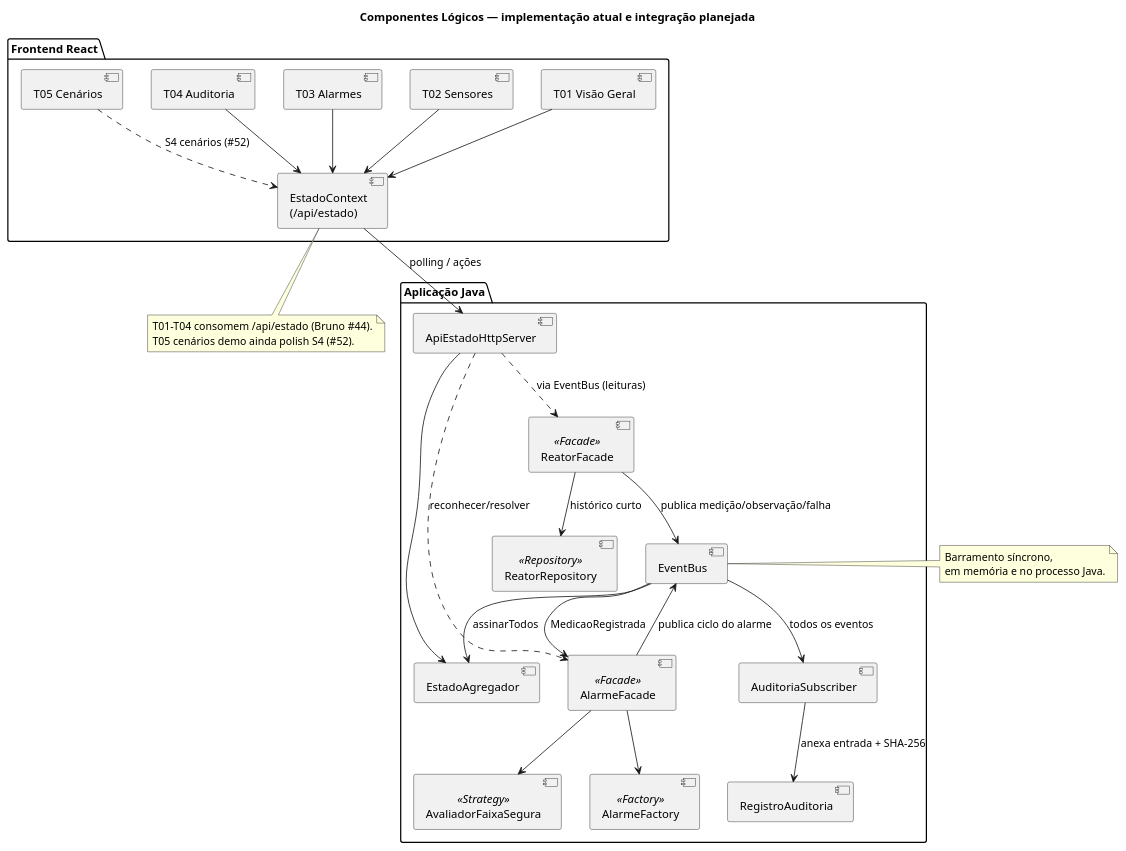
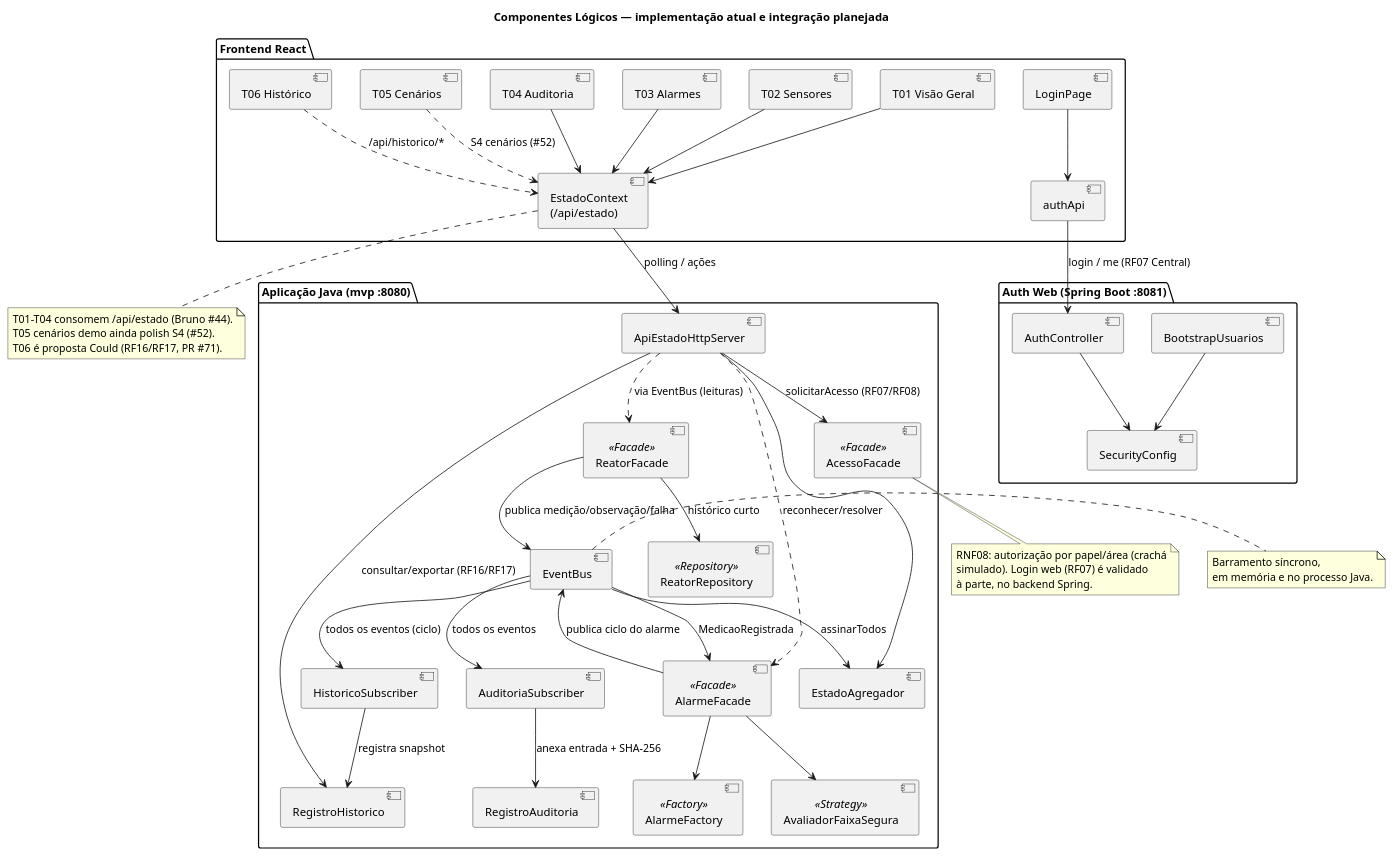
One commit to rlampago22/RP-IV changed the diagram in docs/marco1/diagramas/componentes-logicos.puml. Above: the diagram before and after it, drawn with PlantUML. The commit also changed 5 other files, not shown here.

First line of the commit message:
docs(diagramas): alinhar diagramas MVP com segurancaacesso e historicooperacional

```diff
--- a/docs/marco1/diagramas/componentes-logicos.puml
+++ b/docs/marco1/diagramas/componentes-logicos.puml
@@ -1,59 +1,88 @@
 @startuml componentes-logicos-mvp
 title Componentes Lógicos — implementação atual e integração planejada
 skinparam componentStyle uml2
 skinparam shadowing false
 
 package "Frontend React" {
+  component "LoginPage" as Login
   component "T01 Visão Geral" as T01
   component "T02 Sensores" as T02
   component "T03 Alarmes" as T03
   component "T04 Auditoria" as T04
   component "T05 Cenários" as T05
+  component "T06 Histórico" as T06
   component "EstadoContext\n(/api/estado)" as Estado
+  component "authApi" as AuthApi
 
   T01 --> Estado
   T02 --> Estado
   T03 --> Estado
   T04 --> Estado
   T05 ..> Estado : S4 cenários (#52)
+  T06 ..> Estado : /api/historico/*
+  Login --> AuthApi
 }
 
-package "Aplicação Java" {
+package "Auth Web (Spring Boot :8081)" {
+  component "SecurityConfig" as Sec
+  component "BootstrapUsuarios" as Boot
+  component "AuthController" as AuthCtrl
+
+  AuthCtrl --> Sec
+  Boot --> Sec
+}
+
+package "Aplicação Java (mvp :8080)" {
   component "ReatorFacade" as RF <<Facade>>
   component "ReatorRepository" as RR <<Repository>>
   component "AlarmeFacade" as AF <<Facade>>
   component "AvaliadorFaixaSegura" as Aval <<Strategy>>
   component "AlarmeFactory" as Factory <<Factory>>
   component "EventBus" as Bus
   component "AuditoriaSubscriber" as Aud
   component "RegistroAuditoria" as Reg
+  component "AcessoFacade" as Acesso <<Facade>>
+  component "HistoricoSubscriber" as HistSub
+  component "RegistroHistorico" as HistReg
   component "EstadoAgregador" as EA
   component "ApiEstadoHttpServer" as Http
 
   RF --> RR : histórico curto
   RF --> Bus : publica medição/observação/falha
   Bus --> AF : MedicaoRegistrada
   AF --> Aval
   AF --> Factory
   AF --> Bus : publica ciclo do alarme
   Bus --> Aud : todos os eventos
   Aud --> Reg : anexa entrada + SHA-256
+  Bus --> HistSub : todos os eventos (ciclo)
+  HistSub --> HistReg : registra snapshot
   Bus --> EA : assinarTodos
   Http --> EA
+  Http --> Acesso : solicitarAcesso (RF07/RF08)
+  Http --> HistReg : consultar/exportar (RF16/RF17)
 }
 
 Estado --> Http : polling / ações
+AuthApi --> AuthCtrl : login / me (RF07 Central)
 Http ..> RF : via EventBus (leituras)
 Http ..> AF : reconhecer/resolver
 
 note right of Bus
   Barramento síncrono,
   em memória e no processo Java.
 end note
 
 note bottom of Estado
   T01–T04 consomem /api/estado (Bruno #44).
   T05 cenários demo ainda polish S4 (#52).
+  T06 é proposta Could (RF16/RF17, PR #71).
+end note
+
+note bottom of Acesso
+  RNF08: autorização por papel/área (crachá
+  simulado). Login web (RF07) é validado
+  à parte, no backend Spring.
 end note
 
 @enduml
```
